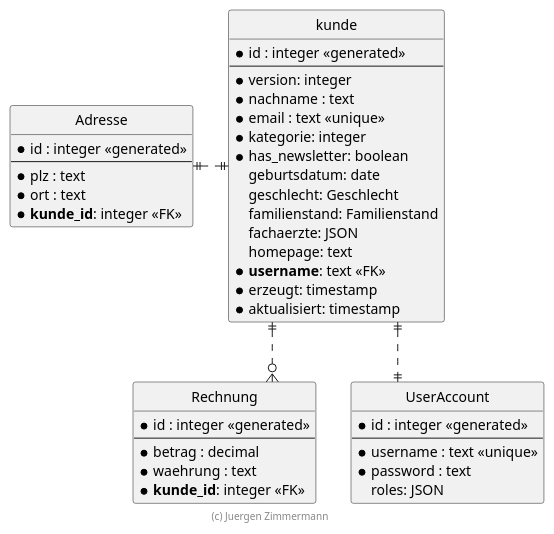
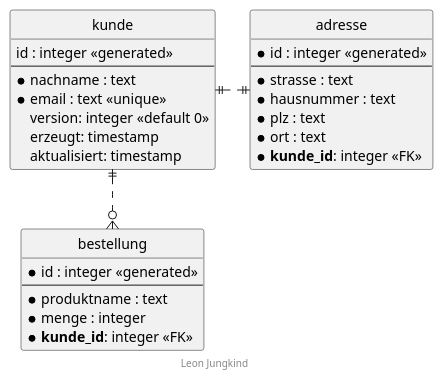
Before and after one commit to leonjungkind-cmyk/SWE_Abgabe_1: the diagram in docs/diagramme/src/er-diagramm.plantuml, drawn with PlantUML. The commit also changed other lines of this file and 5 other files, not shown here.

Commit message:
Plant UML diagramme und 2 Erklärungsdateien für das code Verständnis(von Claude Code Generiert)

```diff
--- a/docs/diagramme/src/er-diagramm.plantuml
+++ b/docs/diagramme/src/er-diagramm.plantuml
@@ -18,57 +3,42 @@
 @startuml ER Diagramm
 
 ' hide the spot
 hide circle
 
-' evtl. Prbleme mit Kraehenfuessen vermeiden
+' Kraehenfuesse vermeiden
 skinparam linetype ortho
 
 entity "kunde" {
+    id : integer <<generated>>
+  --
+  * nachname : text
+  * email : text <<unique>>
+    version: integer <<default 0>>
+    erzeugt: timestamp
+    aktualisiert: timestamp
+}
+
+entity "adresse" {
   * id : integer <<generated>>
   --
-  * version: integer
-  * nachname : text
-  * email : text <<unique>>
-  * kategorie: integer
-  * has_newsletter: boolean
-    geburtsdatum: date
-    geschlecht: Geschlecht
-    familienstand: Familienstand
-    fachaerzte: JSON
-    homepage: text
-  * **username**: text <<FK>>
-  * erzeugt: timestamp
-  * aktualisiert: timestamp
-}
-
-entity "Adresse" {
-  * id : integer <<generated>>
-  --
+  * strasse : text
+  * hausnummer : text
   * plz : text
   * ort : text
   * **kunde_id**: integer <<FK>>
 }
 
-entity "Rechnung" {
+entity "bestellung" {
   * id : integer <<generated>>
   --
-  * betrag : decimal
-  * waehrung : text
+  * produktname : text
+  * menge : integer
   * **kunde_id**: integer <<FK>>
 }
 
-entity "UserAccount" {
-  * id : integer <<generated>>
-  --
-  * username : text <<unique>>
-  * password : text
-    roles: JSON
-}
+kunde ||.right.|| adresse
+kunde ||..o{ bestellung
 
-kunde ||.left.|| Adresse
-kunde ||..o{ Rechnung
-kunde ||..|| UserAccount
-
-footer (c) Juergen Zimmermann
+footer Leon Jungkind
 
 @enduml
```
